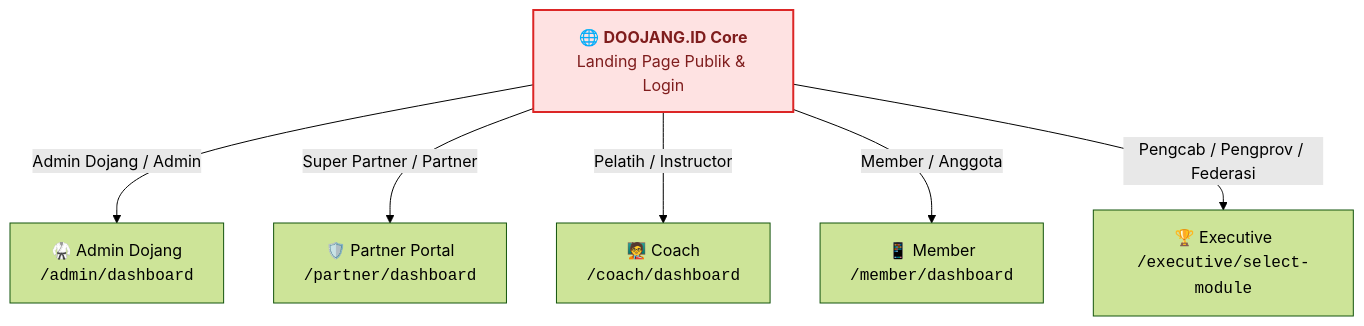
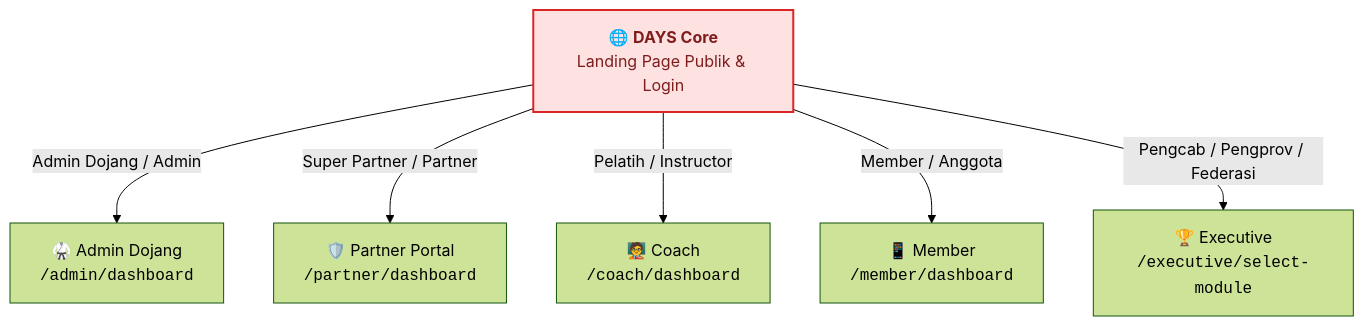
The first of 2 diagrams in content/ideas/dojang-management/modules/days-core/SHOWCASE.md (dojangsystem-ai/days), drawn with Mermaid (forest theme) before and after one commit. The commit also changed other lines of this file and 18 other files, not shown here.

Commit message:
refactor: rebrand product name to DAYS across documentation and update roadmap structure

````diff
--- a/content/ideas/dojang-management/modules/days-core/SHOWCASE.md
+++ b/content/ideas/dojang-management/modules/days-core/SHOWCASE.md
@@ -35,12 +35,12 @@
 ```mermaid
 flowchart TD
-    PUBLIC["🌐 <b>DOOJANG.ID Core</b><br/>Landing Page Publik & Login"]
+    PUBLIC["🌐 <b>DAYS Core</b><br/>Landing Page Publik & Login"]
 
     PUBLIC -->|Admin Dojang / Admin| ADM["🥋 Admin Dojang<br/><code>/admin/dashboard</code>"]
     PUBLIC -->|Super Partner / Partner| PAR["🛡️ Partner Portal<br/><code>/partner/dashboard</code>"]
     PUBLIC -->|Pelatih / Instructor| CCH["🧑‍🏫 Coach<br/><code>/coach/dashboard</code>"]
     PUBLIC -->|Member / Anggota| MBR["📱 Member<br/><code>/member/dashboard</code>"]
     PUBLIC -->|Pengcab / Pengprov / Federasi| EXE["🏆 Executive<br/><code>/executive/select-module</code>"]
 
     style PUBLIC fill:#fee2e2,stroke:#dc2626,stroke-width:2px,color:#7f1d1d
 ```
````
